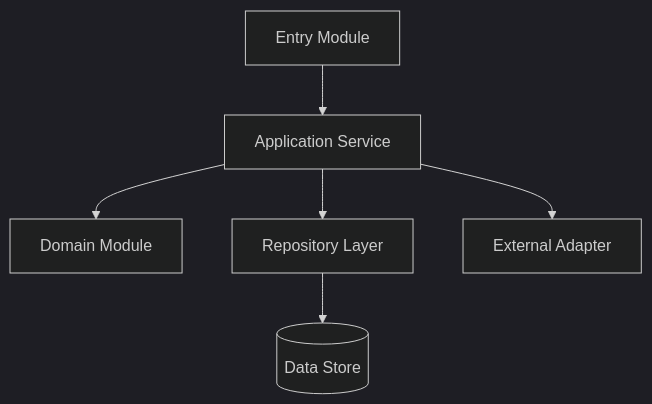
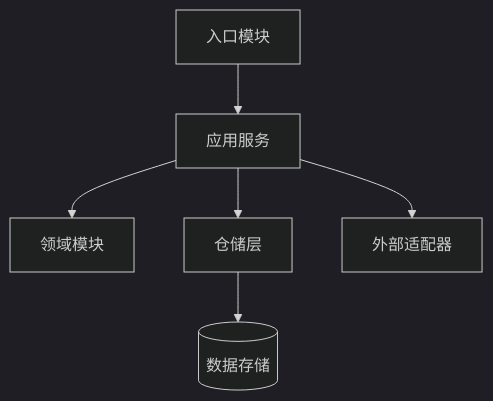
The third of 6 diagrams in templates/02-system-diagrams.md (WangXianan456/repo-global-map), drawn with Mermaid (dark theme) before and after one commit. The commit also changed other lines of this file and 16 other files, not shown here.

````diff
--- a/templates/02-system-diagrams.md
+++ b/templates/02-system-diagrams.md
@@ -58,8 +58,8 @@
 ```mermaid
 flowchart TD
-Entry[Entry Module] --> Service[Application Service]
-Service --> Domain[Domain Module]
-Service --> Repo[Repository Layer]
-Repo --> Store[(Data Store)]
-Service --> Adapter[External Adapter]
+Entry[入口模块] --> Service[应用服务]
+Service --> Domain[领域模块]
+Service --> Repo[仓储层]
+Repo --> Store[(数据存储)]
+Service --> Adapter[外部适配器]
 ```
````
